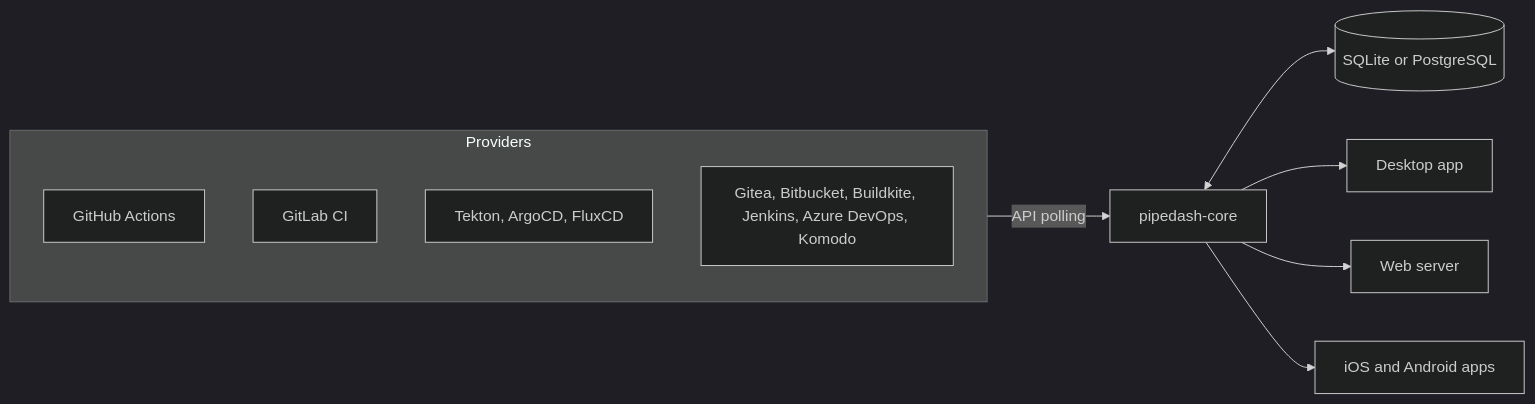
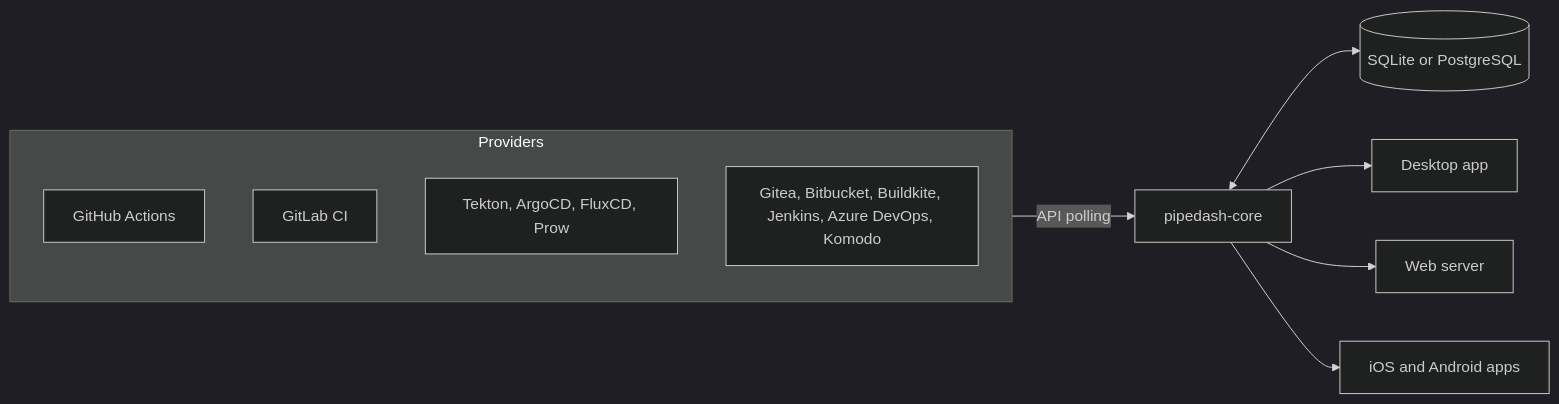
The diagram in README.md (hcavarsan/pipedash), drawn with Mermaid (dark theme) before and after one commit. The commit also changed other lines of this file and 30 other files, not shown here.

````diff
--- a/README.md
+++ b/README.md
@@ -87,14 +87,14 @@
 ```mermaid
 flowchart LR
   subgraph Providers
     GH[GitHub Actions]
     GL[GitLab CI]
-    K8S[Tekton, ArgoCD, FluxCD]
+    K8S[Tekton, ArgoCD, FluxCD, Prow]
     More[Gitea, Bitbucket, Buildkite, Jenkins, Azure DevOps, Komodo]
   end
   Providers -- API polling --> Core[pipedash-core]
   Core <--> DB[(SQLite or PostgreSQL)]
   Core --> Desktop[Desktop app]
   Core --> Web[Web server]
   Core --> Mobile[iOS and Android apps]
 ```
````
